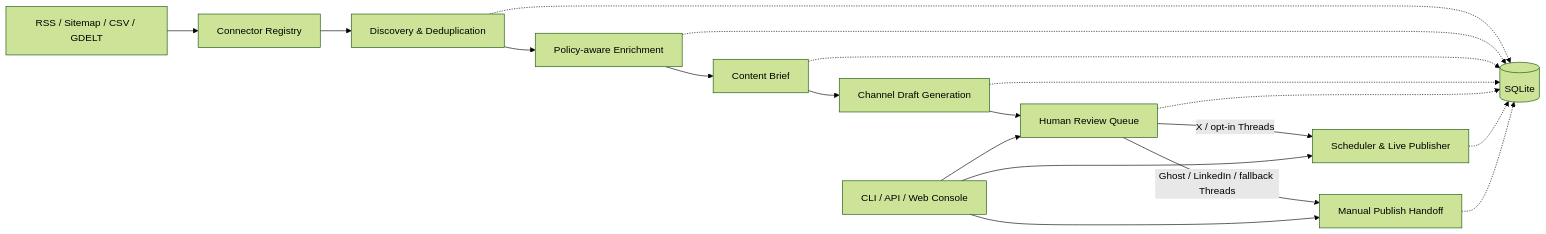
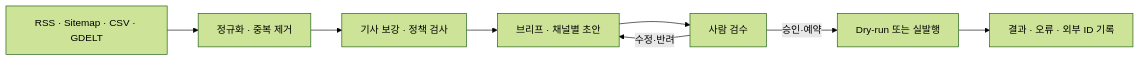
Before and after one commit to internalforces/sns-content-engine: the diagram in README.md, drawn with Mermaid (forest theme). The commit also changed other lines of this file and 145 other files, not shown here.

````diff
--- a/README.md
+++ b/README.md
@@ -37,21 +9,10 @@
 ```mermaid
 flowchart LR
-    A["RSS / Sitemap / CSV / GDELT"] --> B["Connector Registry"]
-    B --> C["Discovery & Deduplication"]
-    C --> D["Policy-aware Enrichment"]
-    D --> E["Content Brief"]
-    E --> F["Channel Draft Generation"]
-    F --> G["Human Review Queue"]
-    G -->|"X / opt-in Threads"| H["Scheduler & Live Publisher"]
-    G -->|"Ghost / LinkedIn / fallback Threads"| I["Manual Publish Handoff"]
-    C -.-> J[("SQLite")]
-    D -.-> J
-    E -.-> J
-    F -.-> J
-    G -.-> J
-    H -.-> J
-    I -.-> J
-    K["CLI / API / Web Console"] --> G
-    K --> H
-    K --> I
+    A["RSS · Sitemap · CSV · GDELT"] --> B["정규화 · 중복 제거"]
+    B --> C["기사 보강 · 정책 검사"]
+    C --> D["브리프 · 채널별 초안"]
+    D --> E["사람 검수"]
+    E -->|승인·예약| F["Dry-run 또는 실발행"]
+    E -->|수정·반려| D
+    F --> G["결과 · 오류 · 외부 ID 기록"]
 ```
````
